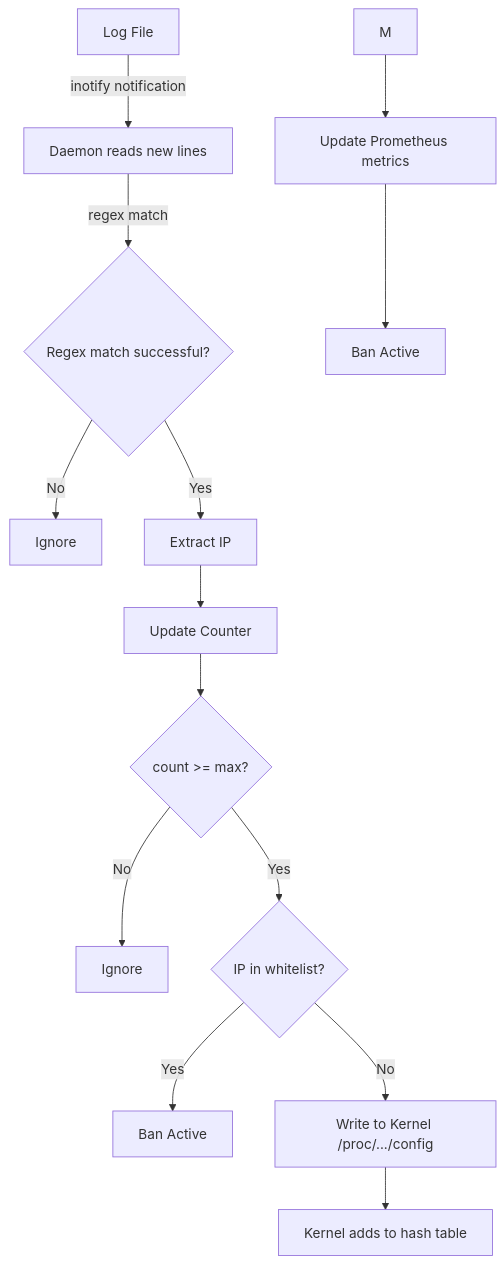
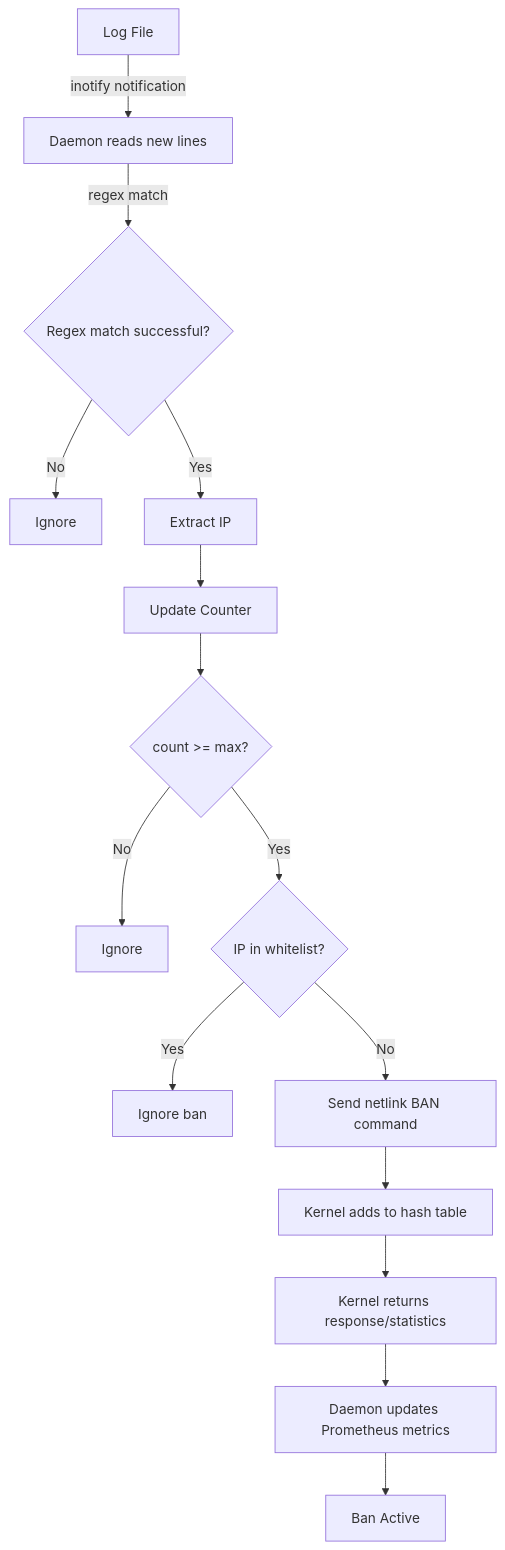
Before and after one commit to SnowCore8/linux-firewall-kmod: the third of 7 diagrams in docs/en/architecture/data-flow.md, drawn with Mermaid. The commit also changed other lines of this file and 6 other files, not shown here.

First line of the commit message:
docs: align architecture framework (#10)

````diff
--- a/docs/en/architecture/data-flow.md
+++ b/docs/en/architecture/data-flow.md
@@ -36,16 +36,17 @@
 ```mermaid
 graph TB
     A[Log File] -->|inotify notification| B[Daemon reads new lines]
     B -->|regex match| C{Regex match successful?}
     C -->|No| D[Ignore]
     C -->|Yes| E[Extract IP]
     E --> F[Update Counter]
     F --> G{count >= max?}
     G -->|No| H[Ignore]
     G -->|Yes| I{IP in whitelist?}
-    I -->|Yes| J[Ban Active]
-    I -->|No| K[Write to Kernel /proc/.../config]
+    I -->|Yes| J[Ignore ban]
+    I -->|No| K[Send netlink BAN command]
     K --> L[Kernel adds to hash table]
-        M --> N[Update Prometheus metrics]
+    L --> M[Kernel returns response/statistics]
+    M --> N[Daemon updates Prometheus metrics]
     N --> O[Ban Active]
 ```
````
